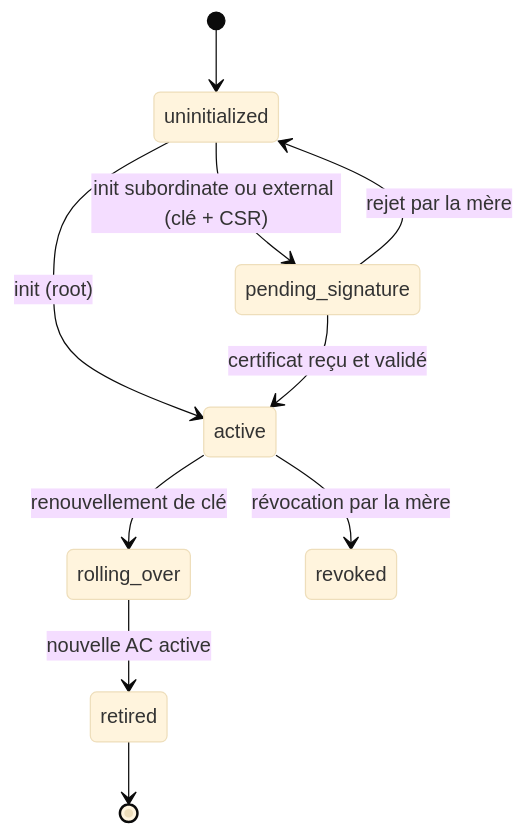
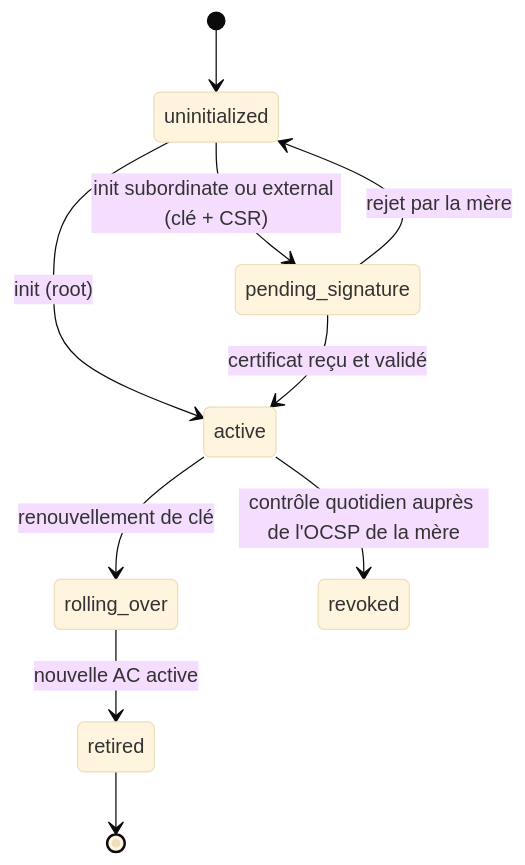
Before and after one commit to gilles67/h42-pki: the third of 7 diagrams in docs/ARCHITECTURE.md, drawn with Mermaid (base theme). The commit also changed other lines of this file and 17 other files, not shown here.

````diff
--- a/docs/ARCHITECTURE.md
+++ b/docs/ARCHITECTURE.md
@@ -128,12 +137,12 @@
 ```mermaid
 stateDiagram-v2
     [*] --> uninitialized
     uninitialized --> pending_signature: init subordinate ou external (clé + CSR)
     uninitialized --> active: init (root)
     pending_signature --> active: certificat reçu et validé
     pending_signature --> uninitialized: rejet par la mère
     active --> rolling_over: renouvellement de clé
     rolling_over --> retired: nouvelle AC active
-    active --> revoked: révocation par la mère
+    active --> revoked: contrôle quotidien auprès de l'OCSP de la mère
     retired --> [*]
 ```
````
